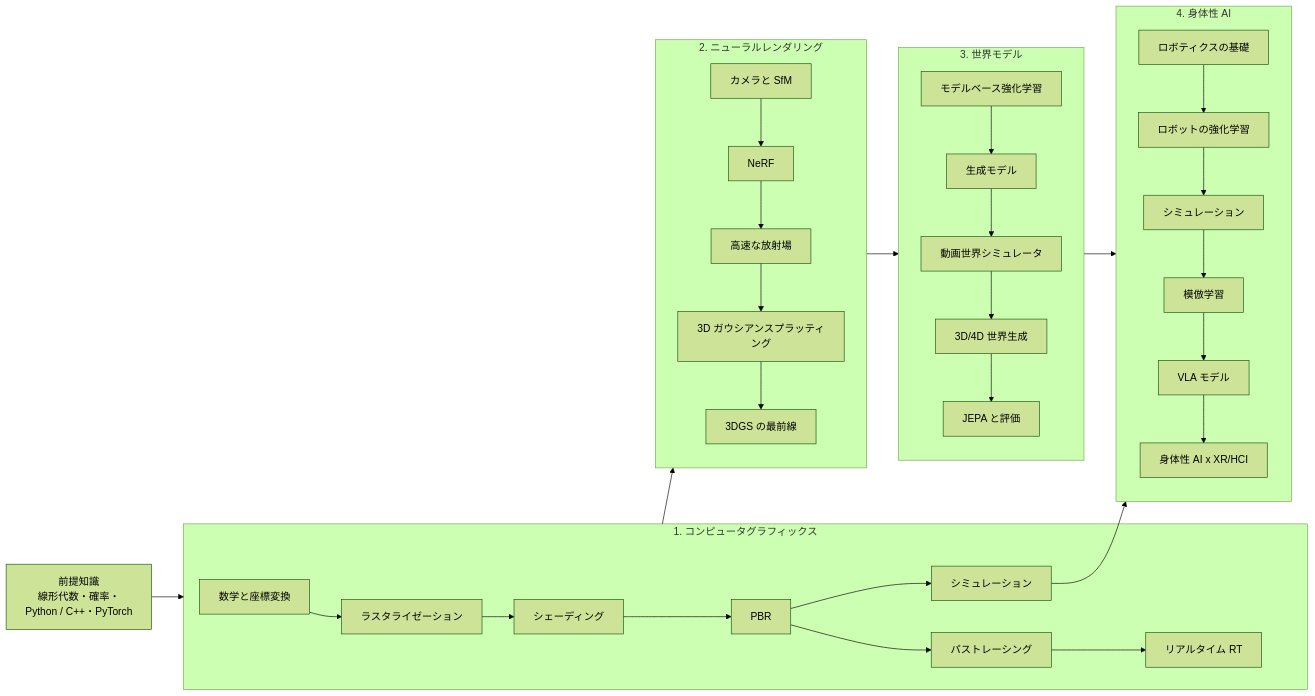
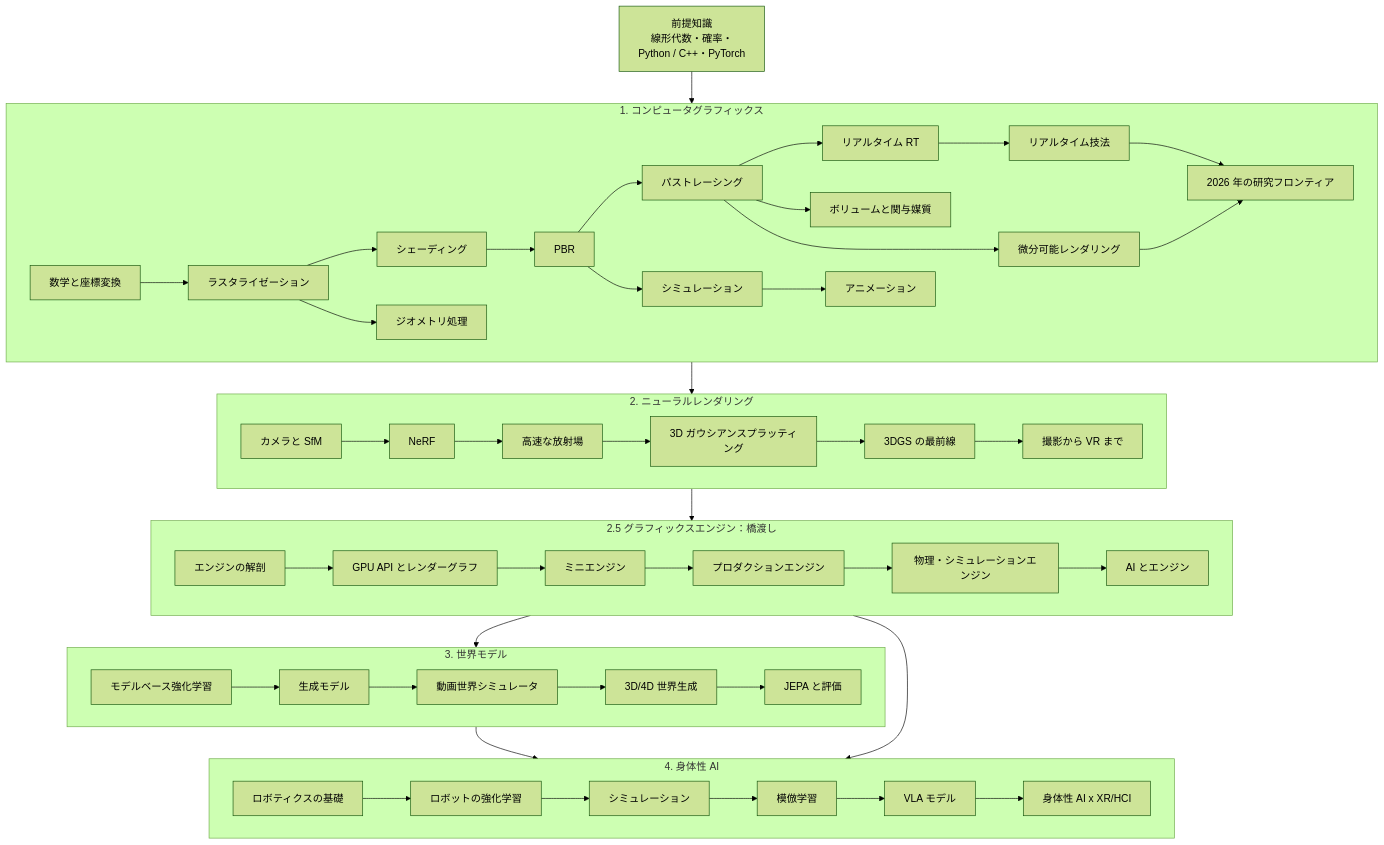
Before and after one commit to Amadeusyzh/Takuyy: the diagram in _posts/ja-jp/2026-10-27-roadmap-01-learning-roadmap.md, drawn with Mermaid (forest theme). The commit also changed other lines of this file and 17 other files, not shown here.

````diff
--- a/_posts/ja-jp/2026-10-27-roadmap-01-learning-roadmap.md
+++ b/_posts/ja-jp/2026-10-27-roadmap-01-learning-roadmap.md
@@ -21,21 +21,37 @@
 ```mermaid
-flowchart LR
+flowchart TB
   P[前提知識<br/>線形代数・確率・<br/>Python / C++・PyTorch] --> G
   subgraph G[1. コンピュータグラフィックス]
+    direction LR
     G1[数学と座標変換] --> G2[ラスタライゼーション] --> G3[シェーディング] --> G4[PBR] --> G5[パストレーシング] --> G6[リアルタイム RT]
     G4 --> G7[シミュレーション]
+    G2 --> G8[ジオメトリ処理]
+    G7 --> G9[アニメーション]
+    G5 --> G10[ボリュームと関与媒質]
+    G5 --> G12[微分可能レンダリング]
+    G6 --> G11[リアルタイム技法]
+    G11 --> G13[2026 年の研究フロンティア]
+    G12 --> G13
   end
   G --> N
   subgraph N[2. ニューラルレンダリング]
-    N1[カメラと SfM] --> N2[NeRF] --> N3[高速な放射場] --> N4[3D ガウシアンスプラッティング] --> N5[3DGS の最前線]
+    direction LR
+    N1[カメラと SfM] --> N2[NeRF] --> N3[高速な放射場] --> N4[3D ガウシアンスプラッティング] --> N5[3DGS の最前線] --> N6[撮影から VR まで]
   end
-  N --> W
+  N --> X
+  subgraph X[2.5 グラフィックスエンジン：橋渡し]
+    direction LR
+    X1[エンジンの解剖] --> X2[GPU API とレンダーグラフ] --> X3[ミニエンジン] --> X4[プロダクションエンジン] --> X5[物理・シミュレーションエンジン] --> X6[AI とエンジン]
+  end
+  X --> W
   subgraph W[3. 世界モデル]
+    direction LR
     W1[モデルベース強化学習] --> W2[生成モデル] --> W3[動画世界シミュレータ] --> W4[3D/4D 世界生成] --> W5[JEPA と評価]
   end
-  G7 --> E
   W --> E
+  X --> E
   subgraph E[4. 身体性 AI]
+    direction LR
     E1[ロボティクスの基礎] --> E2[ロボットの強化学習] --> E3[シミュレーション] --> E4[模倣学習] --> E5[VLA モデル] --> E6[身体性 AI x XR/HCI]
   end
 ```
````
